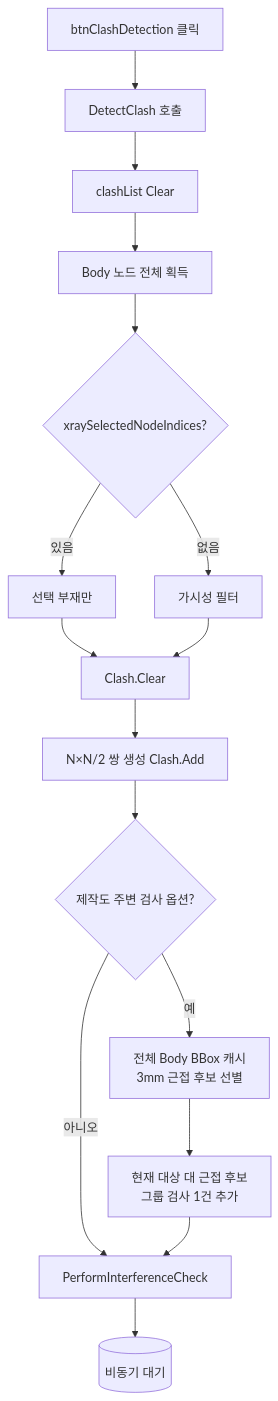
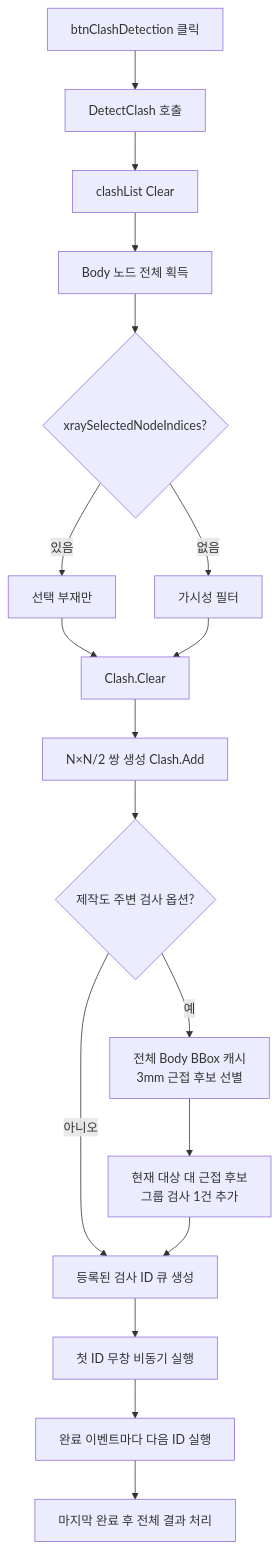
One commit to uuuuj/a2z changed the diagram in docs/기능/간섭검사/간섭검사 실행.md. Above: the diagram before and after it, drawn with Mermaid. The commit also changed other lines of this file and 6 other files, not shown here.

````diff
--- a/docs/기능/간섭검사/간섭검사 실행.md
+++ b/docs/기능/간섭검사/간섭검사 실행.md
@@ -29,18 +29,20 @@
 ```mermaid
 flowchart TD
     A[btnClashDetection 클릭] --> B[DetectClash 호출]
     B --> C[clashList Clear]
     C --> D[Body 노드 전체 획득]
     D --> E{xraySelectedNodeIndices?}
     E -- 있음 --> F[선택 부재만]
     E -- 없음 --> G[가시성 필터]
     F --> H[Clash.Clear]
     G --> H
     H --> I[N×N/2 쌍 생성 Clash.Add]
     I --> I2{제작도 주변 검사 옵션?}
     I2 -- 예 --> I3[전체 Body BBox 캐시<br/>3mm 근접 후보 선별]
     I3 --> I4[현재 대상 대 근접 후보<br/>그룹 검사 1건 추가]
-    I2 -- 아니오 --> J[PerformInterferenceCheck]
+    I2 -- 아니오 --> J[등록된 검사 ID 큐 생성]
     I4 --> J
-    J --> K[(비동기 대기)]
+    J --> K[첫 ID 무창 비동기 실행]
+    K --> L[완료 이벤트마다 다음 ID 실행]
+    L --> M[마지막 완료 후 전체 결과 처리]
 ```
````
